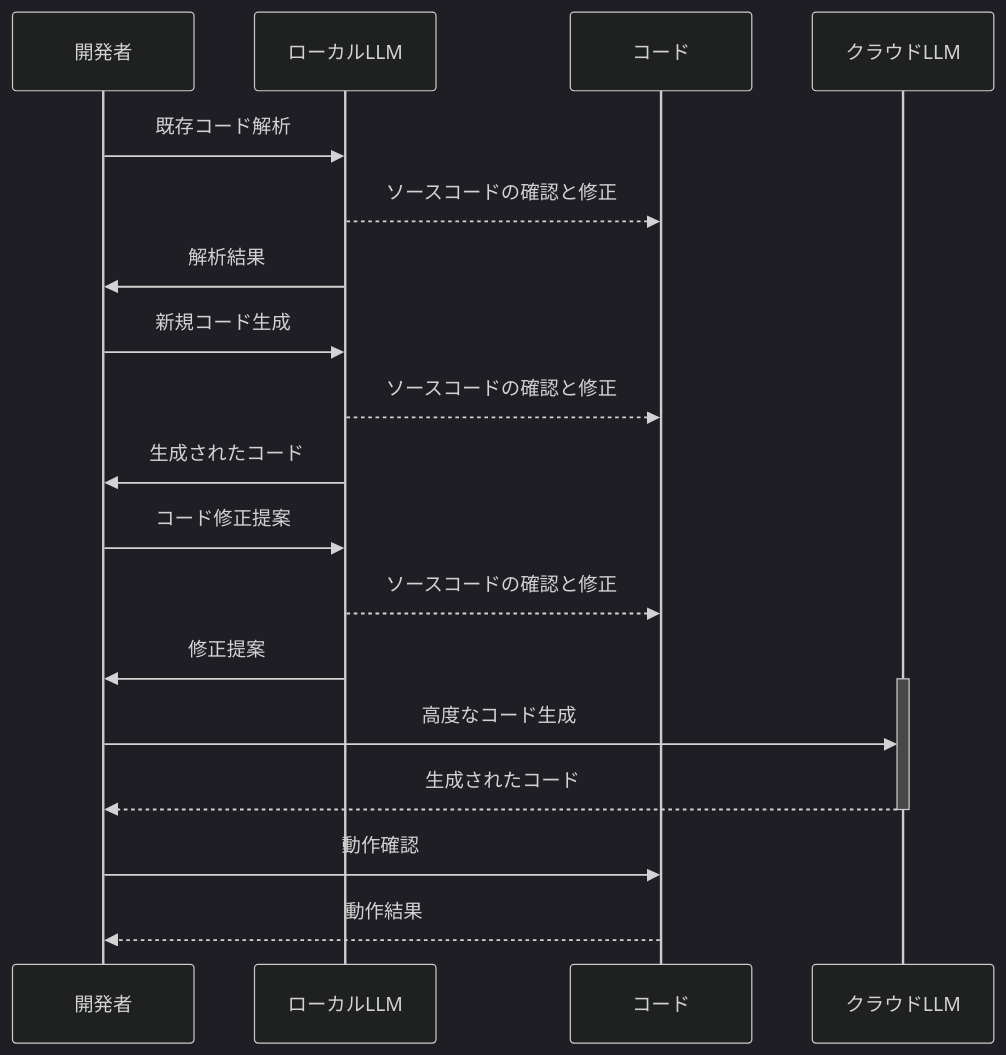
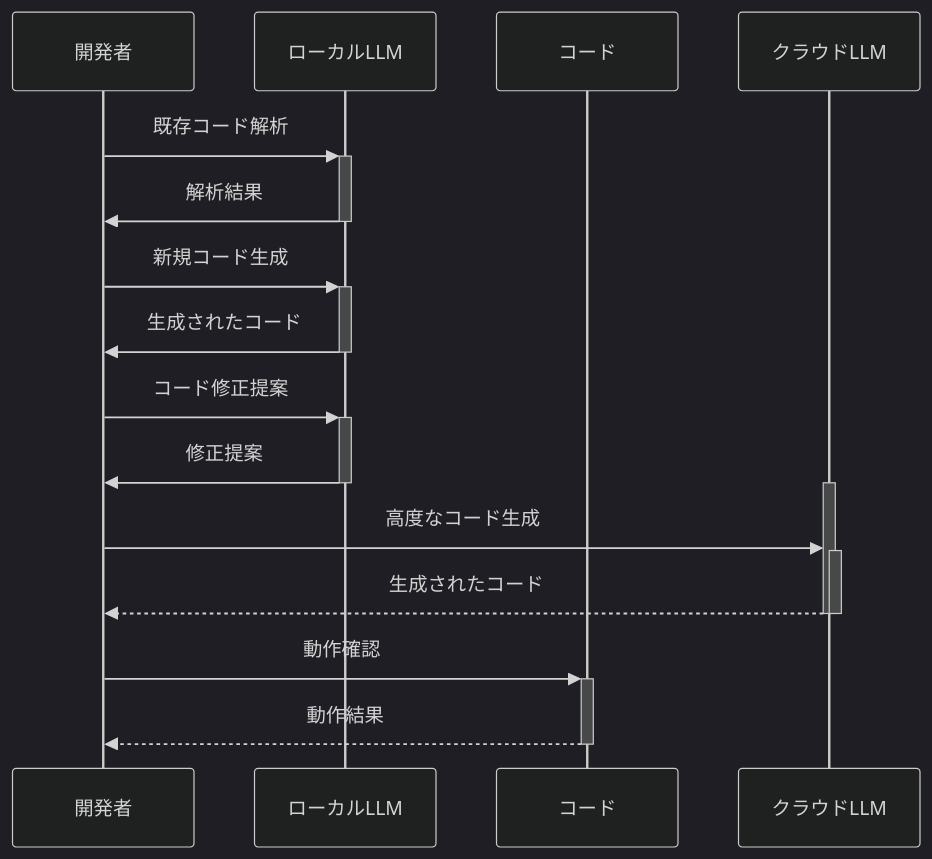
Before and after one commit to SparklingDetergent/doc_genai_Regarding_the_use_of_local_LLM_and_LLM_on_cloud_services: the fourth of 7 diagrams in README.md, drawn with Mermaid (dark theme). The commit also changed other lines of this file, not shown here.

````diff
--- a/README.md
+++ b/README.md
@@ -140,29 +139,25 @@
 ```mermaid
 sequenceDiagram
-    participant 開発者
-    participant ローカルLLM
-    participant コード
-    participant クラウドLLM
+  participant 開発者
+  participant ローカルLLM
+  participant コード
+  participant クラウドLLM
 
-    開発者->> ローカルLLM: 既存コード解析
-    ローカルLLM-->> コード: ソースコードの確認と修正
-    ローカルLLM->> 開発者: 解析結果
+  開発者->>+ローカルLLM: 既存コード解析
+  ローカルLLM->>-開発者: 解析結果
 
-    開発者->> ローカルLLM: 新規コード生成
-    ローカルLLM-->> コード: ソースコードの確認と修正
-    ローカルLLM->> 開発者: 生成されたコード
+  開発者->>+ローカルLLM: 新規コード生成
+  ローカルLLM->>-開発者: 生成されたコード
 
-    開発者->> ローカルLLM: コード修正提案
-    ローカルLLM-->> コード: ソースコードの確認と修正
-    ローカルLLM->> 開発者: 修正提案
+  開発者->>+ローカルLLM: コード修正提案
+  ローカルLLM->>-開発者: 修正提案
 
-    activate クラウドLLM
-    開発者->> クラウドLLM: 高度なコード生成
-    クラウドLLM-->> 開発者: 生成されたコード
-    deactivate クラウドLLM
+  activate クラウドLLM
+  開発者->>+クラウドLLM: 高度なコード生成
+  クラウドLLM-->>-開発者: 生成されたコード
+  deactivate クラウドLLM
 
-    開発者->> コード: 動作確認
-    コード-->> 開発者: 動作結果
-
+  開発者->>+コード: 動作確認
+  コード-->>-開発者: 動作結果
 
 ```
````
